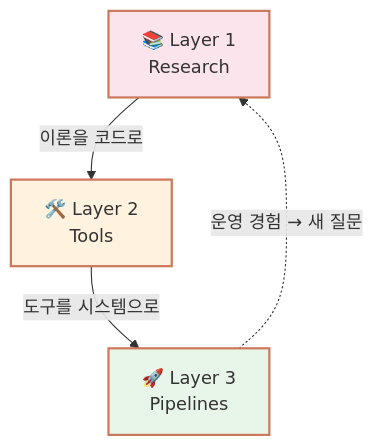
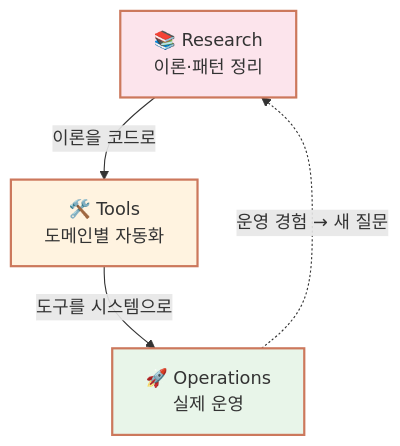
The first of 2 diagrams in profile/README.md (iq-agent-lab/.github), drawn with Mermaid before and after one commit. The commit also changed other lines of this file, not shown here.

````diff
--- a/profile/README.md
+++ b/profile/README.md
@@ -31,14 +156,14 @@
 ```mermaid
 graph TD
-    R["📚 Layer 1<br/>Research"]
-    T["🛠️ Layer 2<br/>Tools"]
-    P["🚀 Layer 3<br/>Pipelines"]
+    R["📚 Research<br/>이론·패턴 정리"]
+    T["🛠️ Tools<br/>도메인별 자동화"]
+    O["🚀 Operations<br/>실제 운영"]
 
     R -->|이론을 코드로| T
-    T -->|도구를 시스템으로| P
-    P -.->|운영 경험 → 새 질문| R
+    T -->|도구를 시스템으로| O
+    O -.->|운영 경험 → 새 질문| R
 
     style R fill:#fce4ec,stroke:#cc785c,stroke-width:2px
     style T fill:#fff3e0,stroke:#cc785c,stroke-width:2px
-    style P fill:#e8f5e9,stroke:#cc785c,stroke-width:2px
+    style O fill:#e8f5e9,stroke:#cc785c,stroke-width:2px
 ```
````
